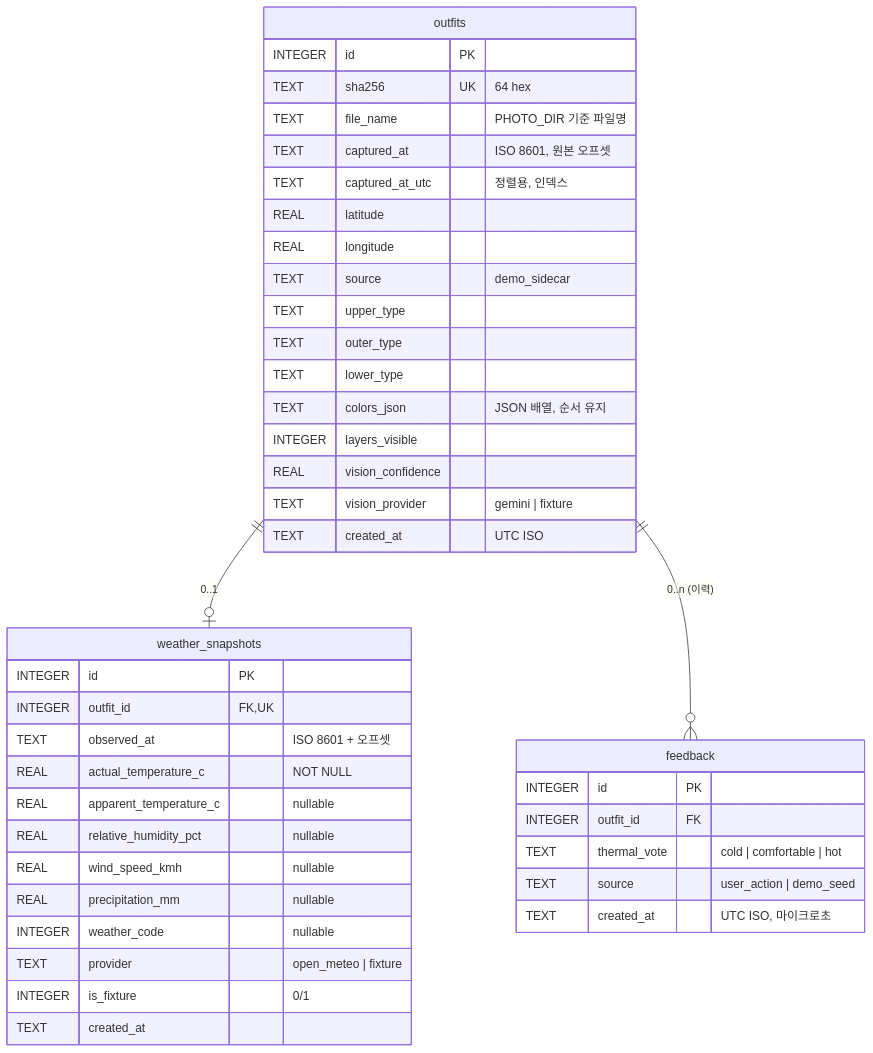
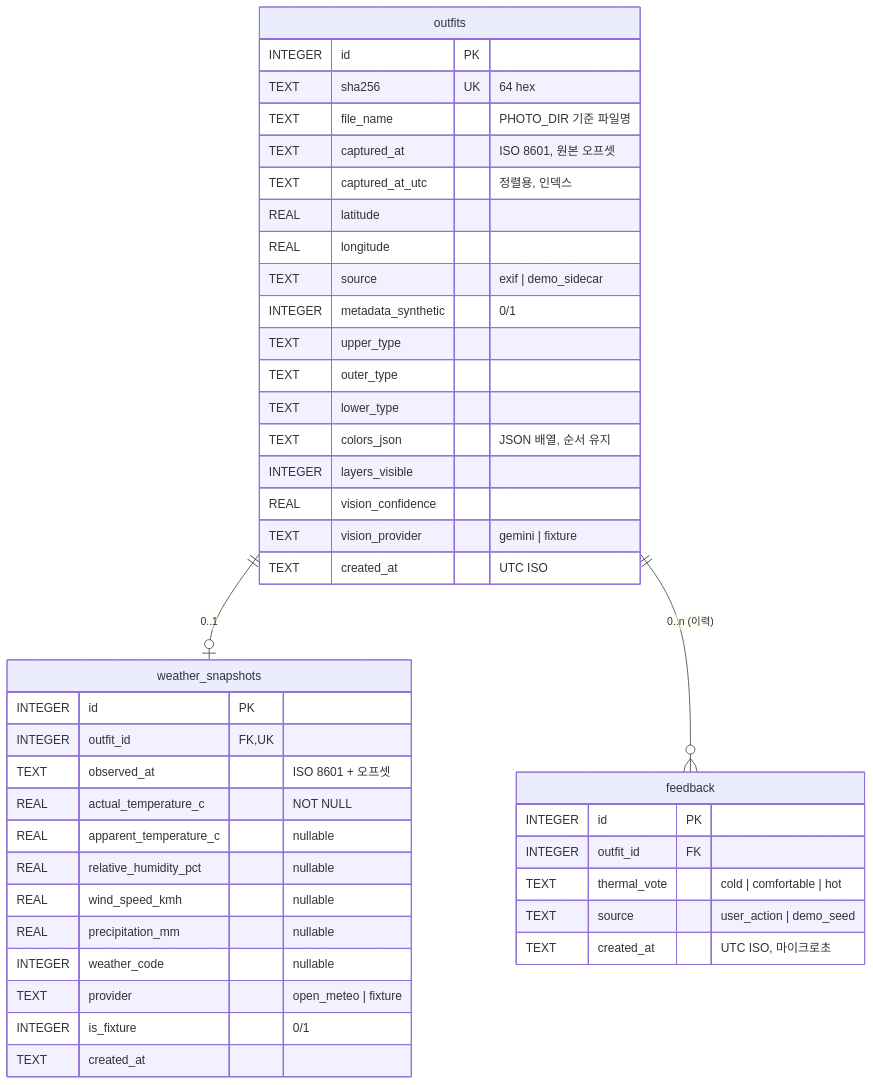
The fourth of 4 diagrams in .kiro/specs/weatherwear/design.md (jgoneit/WeatherWear), drawn with Mermaid before and after one commit. The commit also changed other lines of this file and 45 other files, not shown here.

Commit message:
Phase 1 change (WIP): Agent Platform express mode (global gemini-4-hydrogen), embedded EXIF metadata reader and ingestion, metadata source in DB/API/UI, non-outfit exclusion, recorded-weather fixture format, 174-photo manifest

````diff
--- a/.kiro/specs/weatherwear/design.md
+++ b/.kiro/specs/weatherwear/design.md
@@ -749,45 +840,46 @@
 ```mermaid
 erDiagram
   outfits ||--o| weather_snapshots : "0..1"
   outfits ||--o{ feedback : "0..n (이력)"
 
   outfits {
     INTEGER id PK
     TEXT sha256 UK "64 hex"
     TEXT file_name "PHOTO_DIR 기준 파일명"
     TEXT captured_at "ISO 8601, 원본 오프셋"
     TEXT captured_at_utc "정렬용, 인덱스"
     REAL latitude
     REAL longitude
-    TEXT source "demo_sidecar"
+    TEXT source "exif | demo_sidecar"
+    INTEGER metadata_synthetic "0/1"
     TEXT upper_type
     TEXT outer_type
     TEXT lower_type
     TEXT colors_json "JSON 배열, 순서 유지"
     INTEGER layers_visible
     REAL vision_confidence
     TEXT vision_provider "gemini | fixture"
     TEXT created_at "UTC ISO"
   }
   weather_snapshots {
     INTEGER id PK
     INTEGER outfit_id FK,UK
     TEXT observed_at "ISO 8601 + 오프셋"
     REAL actual_temperature_c "NOT NULL"
     REAL apparent_temperature_c "nullable"
     REAL relative_humidity_pct "nullable"
     REAL wind_speed_kmh "nullable"
     REAL precipitation_mm "nullable"
     INTEGER weather_code "nullable"
     TEXT provider "open_meteo | fixture"
     INTEGER is_fixture "0/1"
     TEXT created_at
   }
   feedback {
     INTEGER id PK
     INTEGER outfit_id FK
     TEXT thermal_vote "cold | comfortable | hot"
     TEXT source "user_action | demo_seed"
     TEXT created_at "UTC ISO, 마이크로초"
   }
 ```
````
